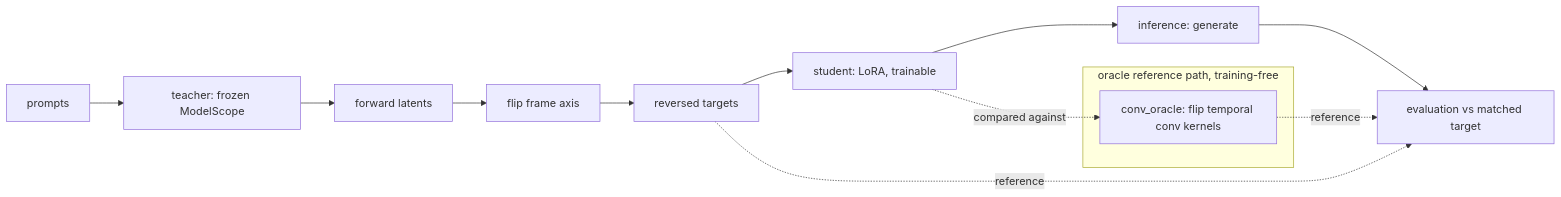
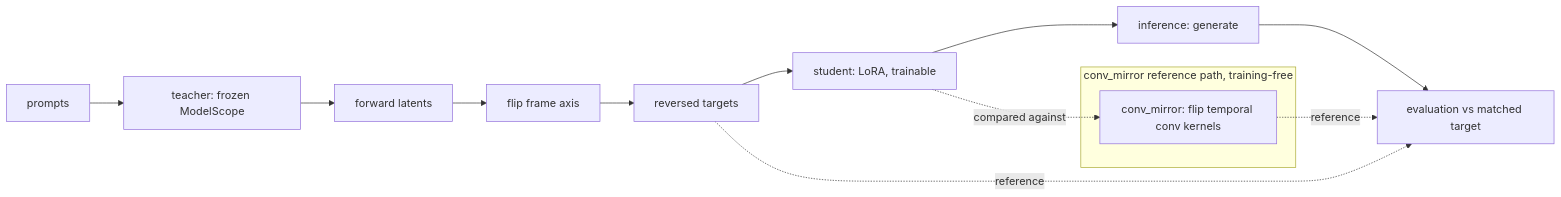
One commit to silentlooop/revT2V changed the diagram in docs/workflow.mmd. Above: the diagram before and after it, drawn with Mermaid. The commit also changed 48 other files, not shown here.

```diff
--- a/docs/workflow.mmd
+++ b/docs/workflow.mmd
@@ -1,15 +1,15 @@
 flowchart LR
     P[prompts] --> T[teacher: frozen ModelScope]
     T --> FL[forward latents]
     FL --> FX[flip frame axis]
     FX --> RT[reversed targets]
     RT --> S[student: LoRA, trainable]
     S --> INF[inference: generate]
     INF --> EV[evaluation vs matched target]
     RT -. reference .-> EV
 
-    subgraph oracle [oracle reference path, training-free]
-      CO[conv_oracle: flip temporal conv kernels]
+    subgraph mirror [conv_mirror reference path, training-free]
+      CO[conv_mirror: flip temporal conv kernels]
     end
     S -. compared against .-> CO
     CO -. reference .-> EV
```
